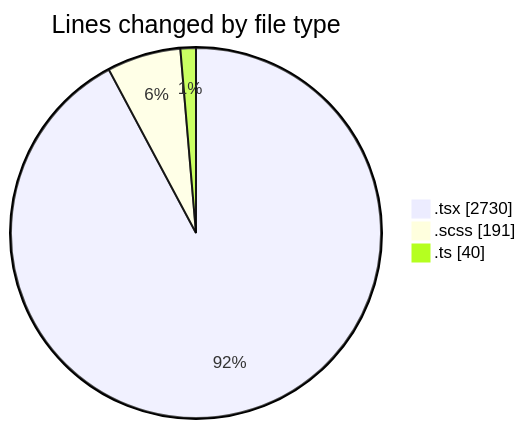
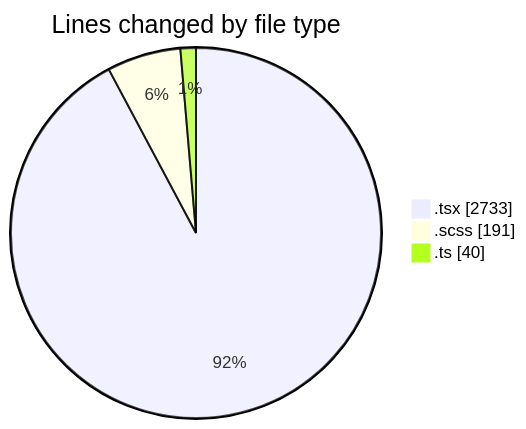
Before and after one commit to momahboobian/code-tracking: the first of 2 diagrams in 2025-04-04/cda/README.md, drawn with Mermaid. The commit also changed other lines of this file and 1 other file, not shown here.

````diff
--- a/2025-04-04/cda/README.md
+++ b/2025-04-04/cda/README.md
@@ -32,7 +32,7 @@
 ```mermaid
 pie showData
 title Lines changed by file type
-".tsx" : 2730
+".tsx" : 2733
 ".scss" : 191
 ".ts" : 40
 ```
````
